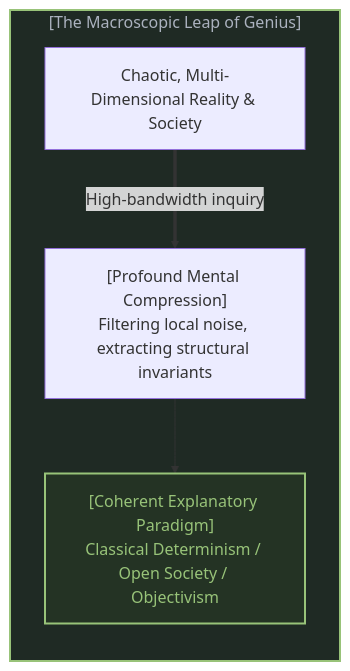
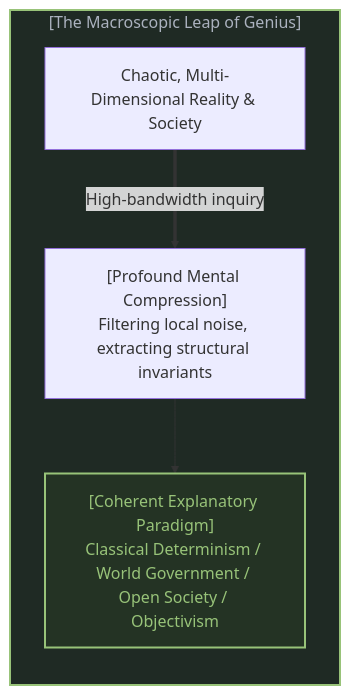
Before and after one commit to powerpig99/not-a-toe: the second of 10 diagrams in content/posts/the-invisible-gods-eye.md, drawn with Mermaid. The commit also changed other lines of this file and 3 other files, not shown here.

````diff
--- a/content/posts/the-invisible-gods-eye.md
+++ b/content/posts/the-invisible-gods-eye.md
@@ -51,15 +53,15 @@
 ```mermaid
 graph TD
     subgraph MasterGift["[The Macroscopic Leap of Genius]"]
         direction TB
         RawReality["Chaotic, Multi-Dimensional Reality & Society"]
         Abstraction["[Profound Mental Compression]<br>Filtering local noise, extracting structural invariants"]
-        MacroModel["[Coherent Explanatory Paradigm]<br>Classical Determinism / Open Society / Objectivism"]
+        MacroModel["[Coherent Explanatory Paradigm]<br>Classical Determinism / World Government / Open Society / Objectivism"]
 
         RawReality ==>|"High-bandwidth inquiry"| Abstraction
         Abstraction --> MacroModel
     end
 
     style MasterGift fill:#1f2a24,stroke:#98c379,stroke-width:2px,color:#abb2bf
     style MacroModel fill:#243324,stroke:#98c379,stroke-width:2px,color:#98c379
 ```
````
